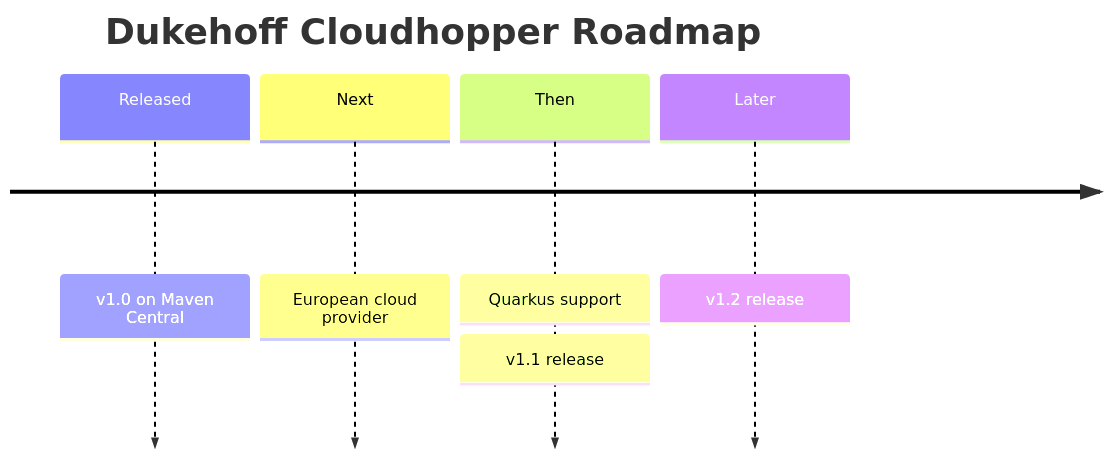
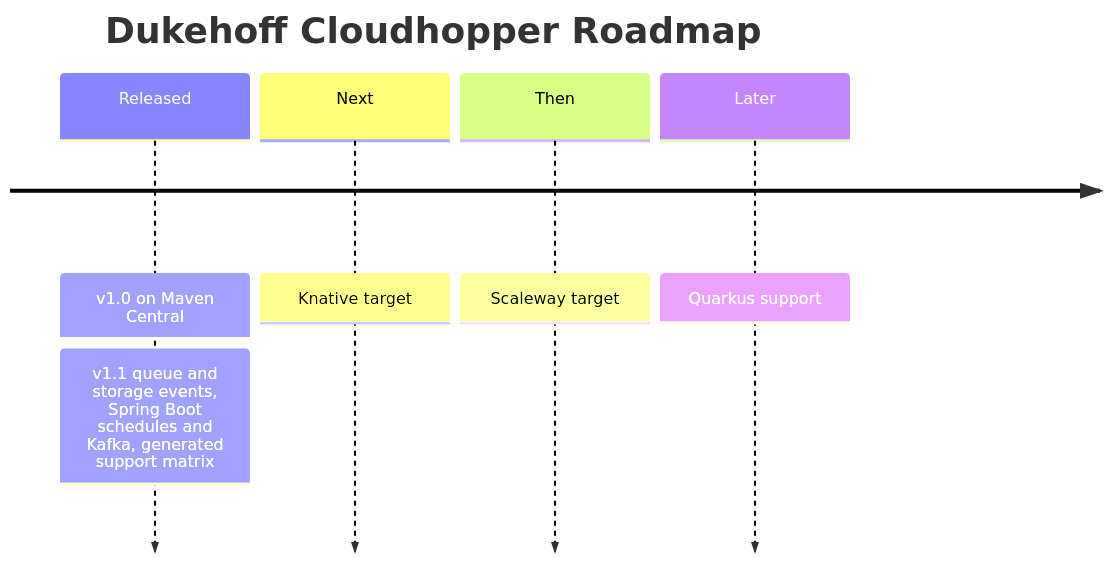
Before and after one commit to dukehoff-gmbh/dukehoff-cloudhopper: the diagram in docs/docs/roadmap.mdx, drawn with Mermaid. The commit also changed other lines of this file and 3 other files, not shown here.

First line of the commit message:
Docs: version 1.1.0, roadmap content for 1.1

````diff
--- a/docs/docs/roadmap.mdx
+++ b/docs/docs/roadmap.mdx
@@ -11,9 +11,9 @@
 ```mermaid
 timeline
   title Dukehoff Cloudhopper Roadmap
   Released : v1.0 on Maven Central
-  Next : European cloud provider
-  Then : Quarkus support
-       : v1.1 release
-  Later : v1.2 release
+           : v1.1 queue and storage events, Spring Boot schedules and Kafka, generated support matrix
+  Next : Knative target
+  Then : Scaleway target
+  Later : Quarkus support
 ```
````
